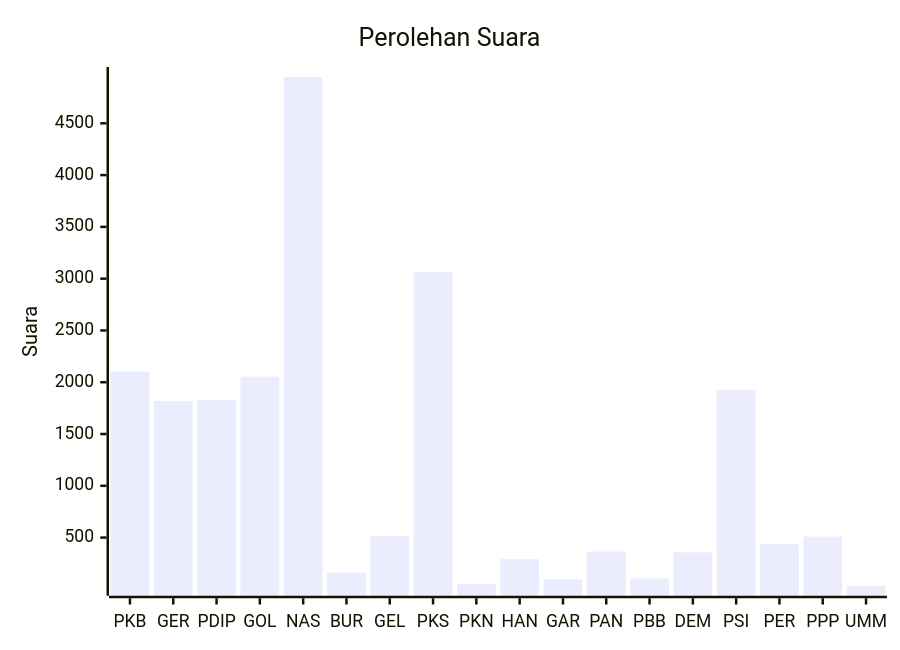
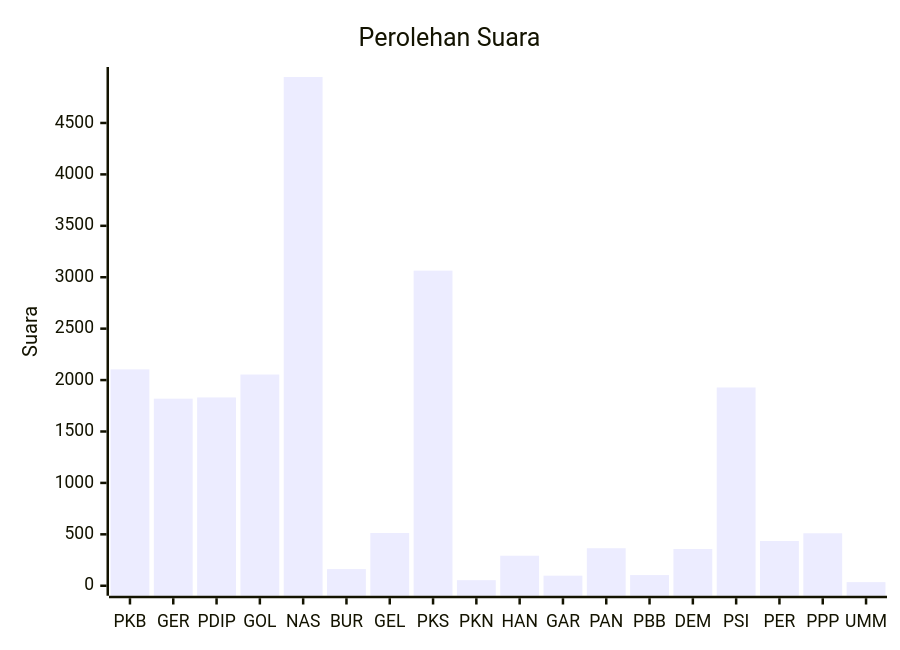
The diagram in pileg-dpr/hitung-suara/sub/table-wilayah-93.md (gigit-pemilu/pemilu-2024), drawn with Mermaid before and after one commit. The commit also changed 57 other files, not shown here.

````diff
--- a/pileg-dpr/hitung-suara/sub/table-wilayah-93.md
+++ b/pileg-dpr/hitung-suara/sub/table-wilayah-93.md
@@ -7,7 +7,7 @@
 ```mermaid
 xychart-beta
     title "Perolehan Suara"
     x-axis [PKB, GER, PDIP, GOL, NAS, BUR, GEL, PKS, PKN, HAN, GAR, PAN, PBB, DEM, PSI, PER, PPP, UMM]
-    y-axis "Suara"
+    y-axis "Suara" 0 --> 4947
     bar [2104, 1819, 1831, 2054, 4947, 162, 513, 3064, 54, 292, 98, 365, 104, 357, 1928, 435, 510, 35]
 ```
````
